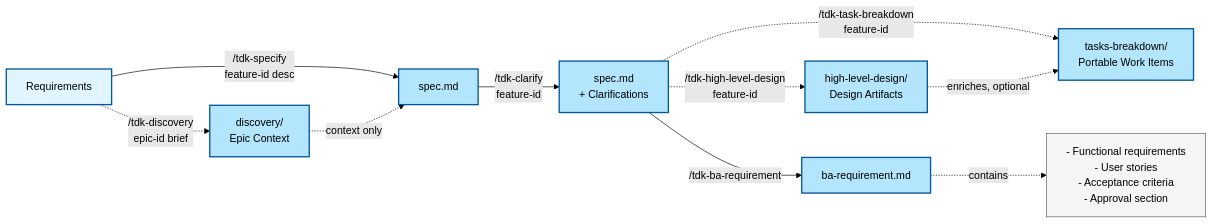
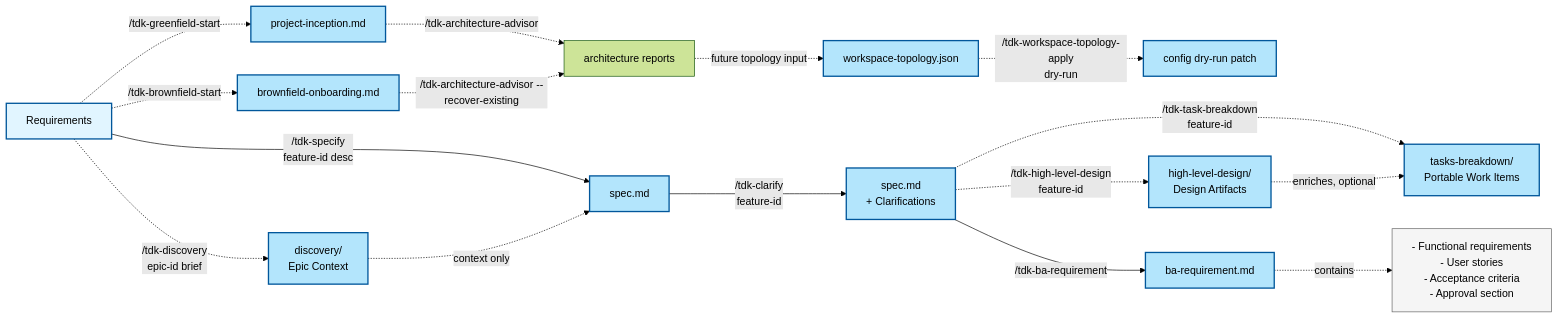
The second of 8 diagrams in .specify/docs/guides/document-flow.md (vinhltt/tdk), drawn with Mermaid (forest theme) before and after one commit. The commit also changed other lines of this file and 67 other files, not shown here.

````diff
--- a/.specify/docs/guides/document-flow.md
+++ b/.specify/docs/guides/document-flow.md
@@ -79,29 +92,40 @@
 ```mermaid
 flowchart LR
     REQ[Requirements]
+    GREENFIELD_INCEPTION[project-inception.md]
+    BROWNFIELD_ONBOARDING[brownfield-onboarding.md]
+    ARCHITECTURE_REPORTS[architecture reports]
+    TOPOLOGY[workspace-topology.json]
+    CONFIG_PATCH[config dry-run patch]
     DISCOVERY[discovery/<br/>Epic Context]
     SPEC[spec.md]
     SPEC_CLAR[spec.md<br/>+ Clarifications]
     HLD[high-level-design/<br/>Design Artifacts]
     TASKS[tasks-breakdown/<br/>Portable Work Items]
     BA_REQ[ba-requirement.md]
 
+    REQ -.->|"/tdk-greenfield-start"| GREENFIELD_INCEPTION
+    REQ -.->|"/tdk-brownfield-start"| BROWNFIELD_ONBOARDING
+    GREENFIELD_INCEPTION -.->|"/tdk-architecture-advisor"| ARCHITECTURE_REPORTS
+    BROWNFIELD_ONBOARDING -.->|"/tdk-architecture-advisor --recover-existing"| ARCHITECTURE_REPORTS
+    ARCHITECTURE_REPORTS -.->|"future topology input"| TOPOLOGY
+    TOPOLOGY -.->|"/tdk-workspace-topology-apply<br/>dry-run"| CONFIG_PATCH
     REQ -.->|"/tdk-discovery<br/>epic-id brief"| DISCOVERY
     REQ -->|"/tdk-specify<br/>feature-id desc"| SPEC
     DISCOVERY -.->|"context only"| SPEC
     SPEC -->|"/tdk-clarify<br/>feature-id"| SPEC_CLAR
     SPEC_CLAR -.->|"/tdk-high-level-design<br/>feature-id"| HLD
     SPEC_CLAR -.->|"/tdk-task-breakdown<br/>feature-id"| TASKS
     HLD -.->|"enriches, optional"| TASKS
     SPEC_CLAR -->|"/tdk-ba-requirement"| BA_REQ
 
     BA_REQ -.->|contains| CONTENT["- Functional requirements<br/>- User stories<br/>- Acceptance criteria<br/>- Approval section"]
 
     classDef input fill:#e1f5ff,stroke:#01579b,stroke-width:2px
     classDef output fill:#b3e5fc,stroke:#01579b,stroke-width:2px
     classDef note fill:#f5f5f5,stroke:#616161,stroke-width:1px
 
     class REQ input
-    class DISCOVERY,SPEC,SPEC_CLAR,HLD,TASKS,BA_REQ output
+    class GREENFIELD_INCEPTION,BROWNFIELD_ONBOARDING,TOPOLOGY,CONFIG_PATCH,DISCOVERY,SPEC,SPEC_CLAR,HLD,TASKS,BA_REQ output
     class CONTENT note
 ```
````
